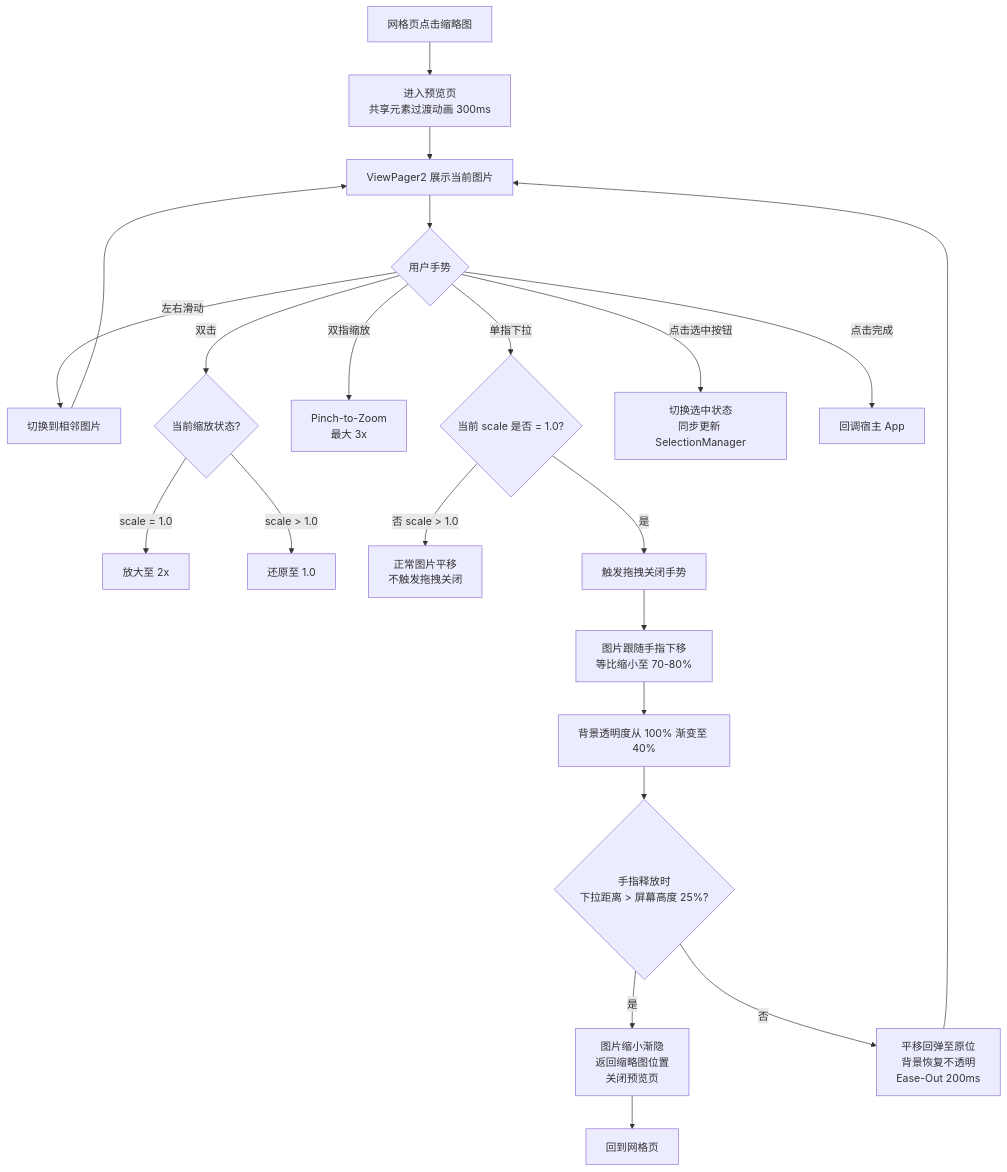
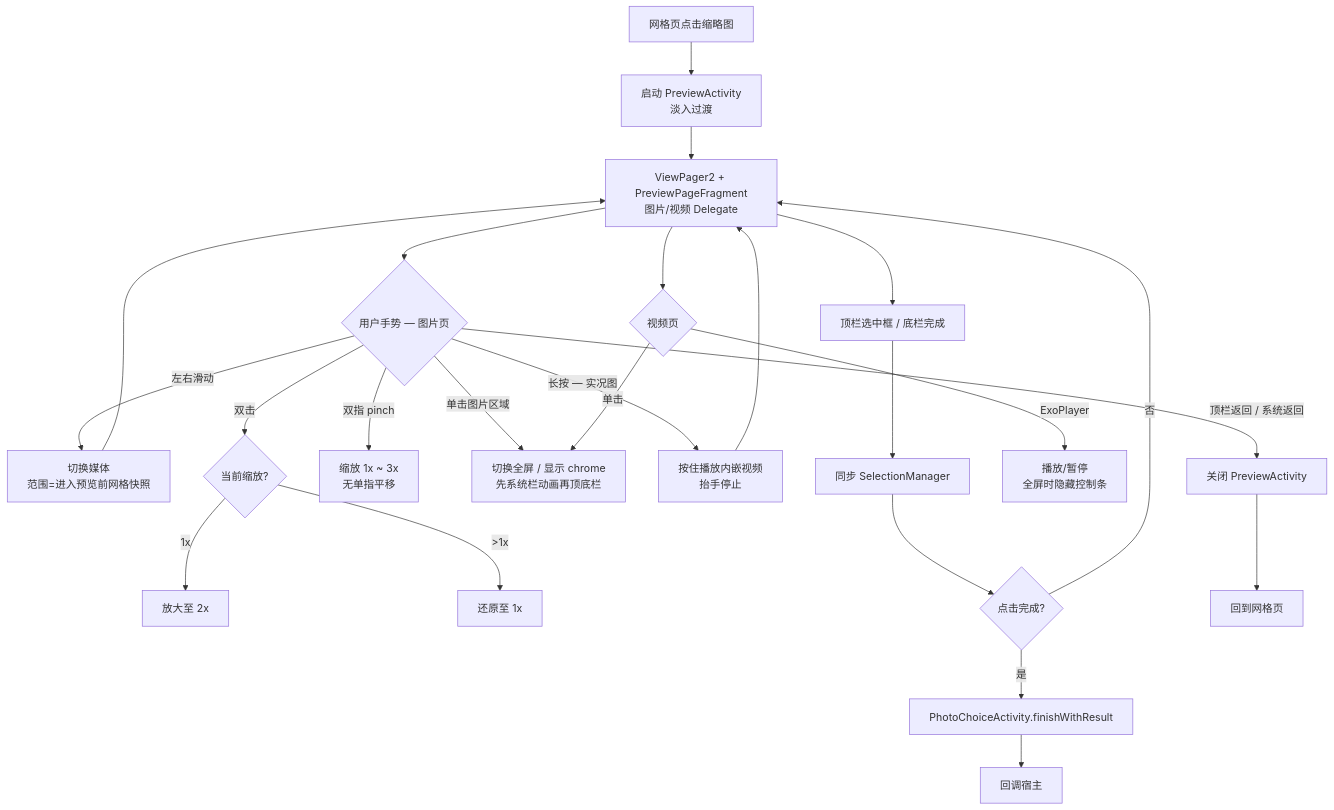
One commit to Hu12037102/photo_choice changed the fourth of 15 diagrams in PRD.md. Above: the diagram before and after it, drawn with Mermaid. The commit also changed other lines of this file and 3 other files, not shown here.

````diff
--- a/PRD.md
+++ b/PRD.md
@@ -123,31 +126,35 @@
 ```mermaid
 flowchart TD
-    A[网格页点击缩略图] --> B[进入预览页<br/>共享元素过渡动画 300ms]
-    B --> C[ViewPager2 展示当前图片]
+    A[网格页点击缩略图] --> B[启动 PreviewActivity<br/>淡入过渡]
+    B --> C[ViewPager2 + PreviewPageFragment<br/>图片/视频 Delegate]
 
-    C --> D{用户手势}
-    D -->|左右滑动| E[切换到相邻图片]
+    C --> D{用户手势 — 图片页}
+    D -->|左右滑动| E[切换媒体<br/>范围=进入预览前网格快照]
     E --> C
 
-    D -->|双击| F{当前缩放状态?}
-    F -->|scale = 1.0| G[放大至 2x]
-    F -->|scale > 1.0| H[还原至 1.0]
+    D -->|双击| F{当前缩放?}
+    F -->|1x| G[放大至 2x]
+    F -->|>1x| H[还原至 1x]
 
-    D -->|双指缩放| I[Pinch-to-Zoom<br/>最大 3x]
+    D -->|双指 pinch| I[缩放 1x ~ 3x<br/>无单指平移]
 
-    D -->|单指下拉| J{当前 scale 是否 = 1.0?}
-    J -->|否 scale > 1.0| K[正常图片平移<br/>不触发拖拽关闭]
-    J -->|是| L[触发拖拽关闭手势]
+    D -->|单击图片区域| J[切换全屏 / 显示 chrome<br/>先系统栏动画再顶底栏]
 
-    L --> M[图片跟随手指下移<br/>等比缩小至 70-80%]
-    M --> N[背景透明度从 100% 渐变至 40%]
-    N --> O{手指释放时<br/>下拉距离 > 屏幕高度 25%?}
-    O -->|是| P[图片缩小渐隐<br/>返回缩略图位置<br/>关闭预览页]
-    O -->|否| Q[平移回弹至原位<br/>背景恢复不透明<br/>Ease-Out 200ms]
+    D -->|长按 — 实况图| K[按住播放内嵌视频<br/>抬手停止]
+    K --> C
 
-    D -->|点击选中按钮| R[切换选中状态<br/>同步更新 SelectionManager]
-    D -->|点击完成| S[回调宿主 App]
+    D -->|顶栏返回 / 系统返回| L[关闭 PreviewActivity]
 
-    P --> T[回到网格页]
-    Q --> C
+    C --> M{视频页}
+    M -->|单击| J
+    M -->|ExoPlayer| N[播放/暂停<br/>全屏时隐藏控制条]
+
+    C --> O[顶栏选中框 / 底栏完成]
+    O --> P[同步 SelectionManager]
+    P --> Q{点击完成?}
+    Q -->|是| R[PhotoChoiceActivity.finishWithResult]
+    Q -->|否| C
+
+    L --> S[回到网格页]
+    R --> T[回调宿主]
 ```
````
